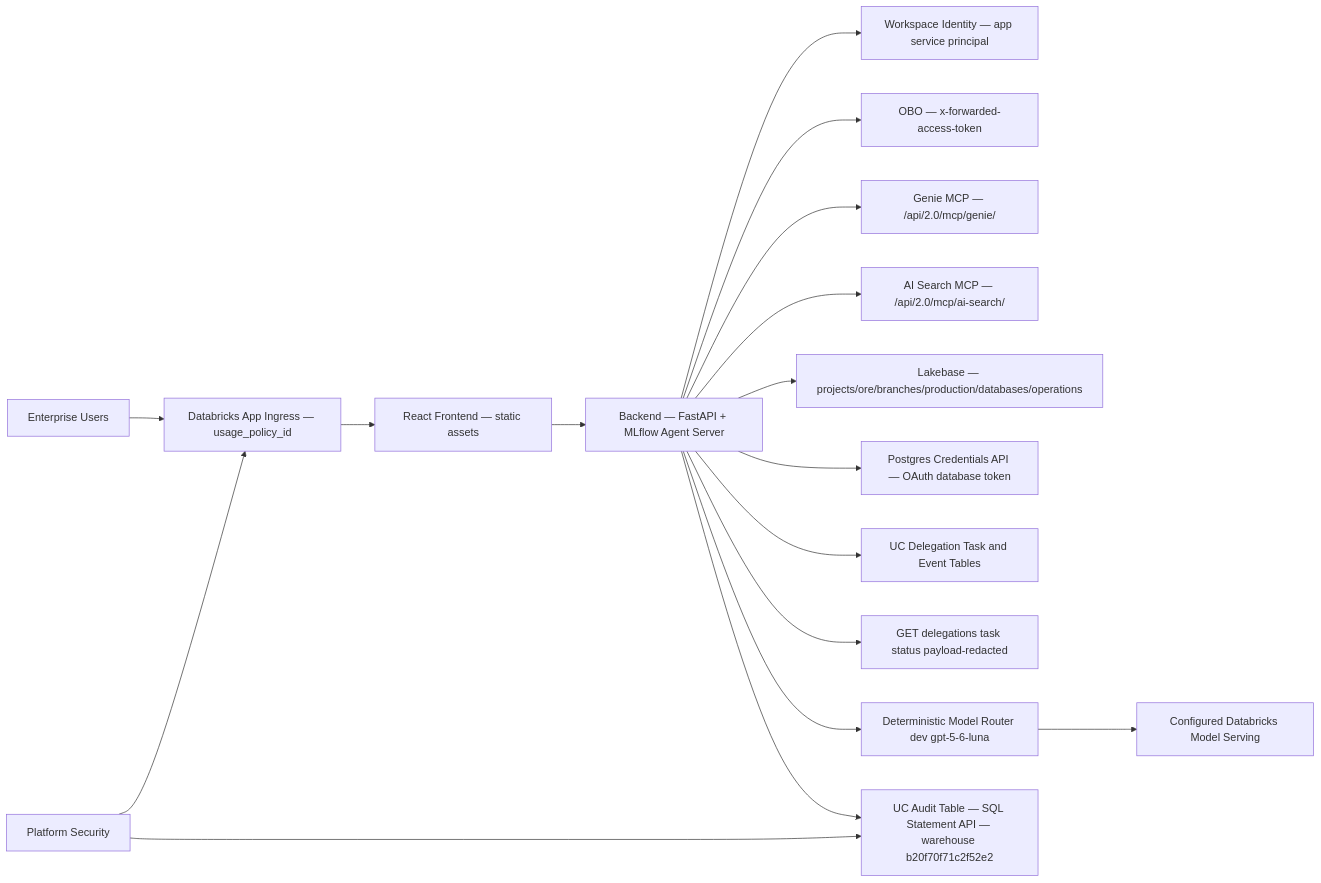
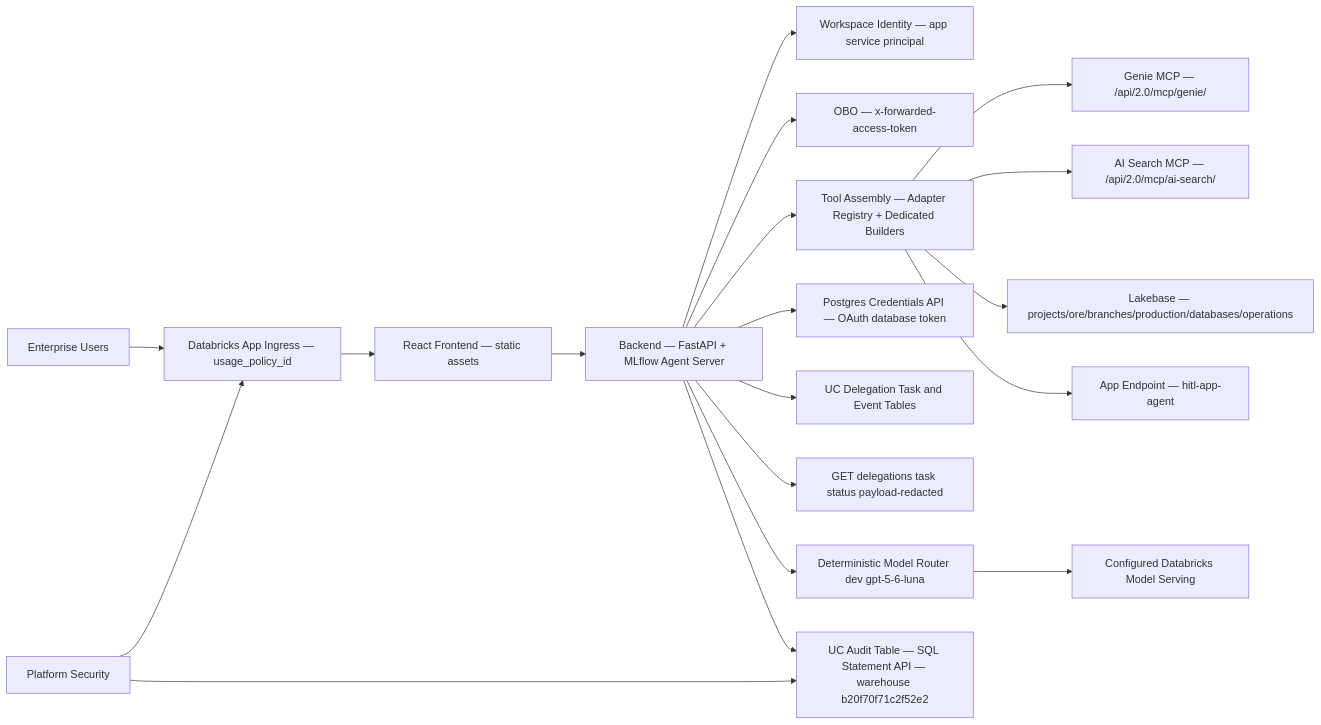
Before and after one commit to wchen-dea/Governed-Multi-Agent-Intelligence-on-Databricks: the first of 5 diagrams in docs/architecture/design-artifacts/06-deployment-detailed.md, drawn with Mermaid. The commit also changed 13 other files, not shown here.

Commit message:
restructure api and mcp layer

````diff
--- a/docs/architecture/design-artifacts/06-deployment-detailed.md
+++ b/docs/architecture/design-artifacts/06-deployment-detailed.md
@@ -7,21 +7,23 @@
 ```mermaid
 flowchart LR
     User[Enterprise Users] --> Ingress[Databricks App Ingress — usage_policy_id]
     Ingress --> FE[React Frontend — static assets]
     FE --> BE[Backend — FastAPI + MLflow Agent Server]
 
     BE --> IDP[Workspace Identity — app service principal]
     BE --> OBO[OBO — x-forwarded-access-token]
-    BE --> GENIE[Genie MCP — /api/2.0/mcp/genie/]
-    BE --> AIS[AI Search MCP — /api/2.0/mcp/ai-search/]
-    BE --> LB[Lakebase — projects/ore/branches/production/databases/operations]
+    BE --> ASM[Tool Assembly — Adapter Registry + Dedicated Builders]
+    ASM --> GENIE[Genie MCP — /api/2.0/mcp/genie/]
+    ASM --> AIS[AI Search MCP — /api/2.0/mcp/ai-search/]
+    ASM --> LB[Lakebase — projects/ore/branches/production/databases/operations]
+    ASM --> APP[App Endpoint — hitl-app-agent]
     BE --> OAuth[Postgres Credentials API — OAuth database token]
     BE --> TASKS[UC Delegation Task and Event Tables]
     BE --> STATUS[GET delegations task status payload-redacted]
     BE --> MR[Deterministic Model Router dev gpt-5-6-luna]
     MR --> FM[Configured Databricks Model Serving]
     BE --> UC[UC Audit Table — SQL Statement API — warehouse b20f70f71c2f52e2]
 
     SEC[Platform Security] --> Ingress
     SEC --> UC
 ```
````
